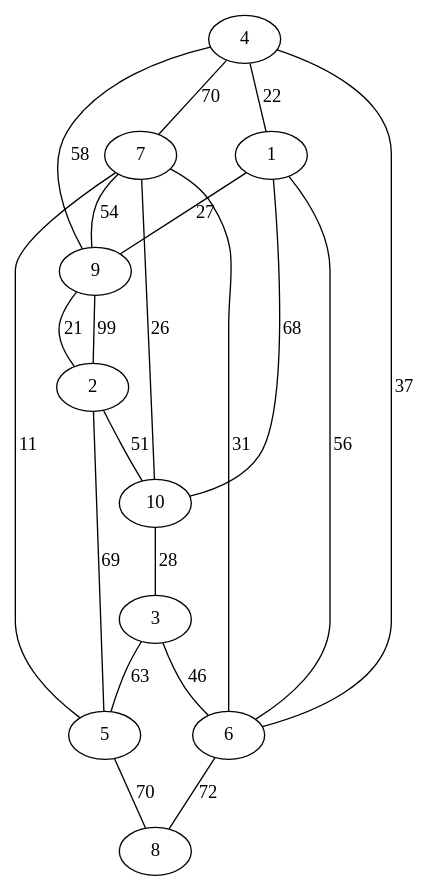
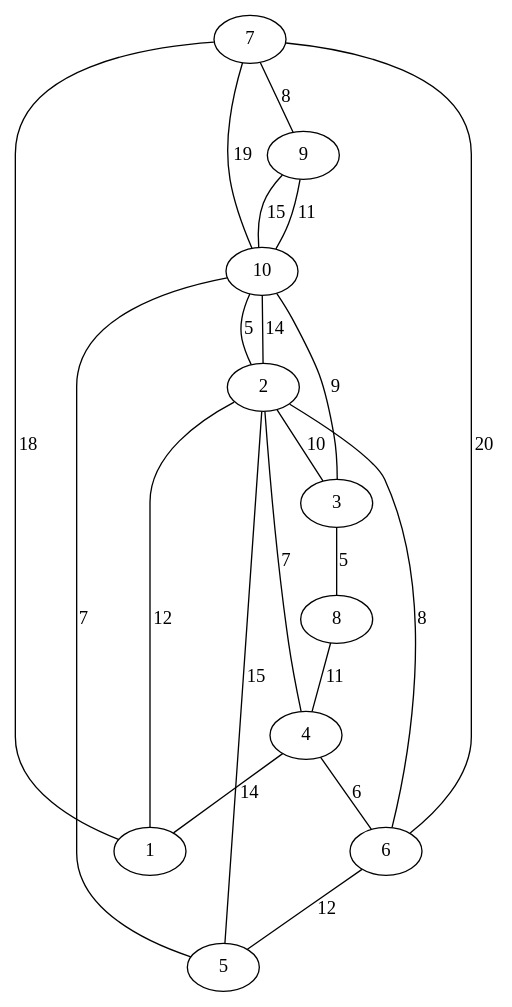
One commit to kraots94/Sistemi changed the diagram in python/map.gv. Above: the diagram before and after it, drawn with Graphviz. The commit also changed 1 other file, not shown here.

```diff
--- a/python/map.gv
+++ b/python/map.gv
@@ -1,32 +1,32 @@
 graph City_Map {
 	7
-	9
+	10
+	5
+	8
+	3
 	6
 	1
-	3
-	8
-	5
 	2
-	10
+	9
 	4
-	4 -- 6 [label=37]
-	4 -- 7 [label=70]
-	10 -- 3 [label=28]
-	2 -- 10 [label=51]
-	1 -- 9 [label=27]
-	3 -- 6 [label=46]
-	7 -- 10 [label=26]
-	5 -- 7 [label=11]
-	6 -- 7 [label=31]
-	7 -- 9 [label=54]
-	6 -- 8 [label=72]
-	2 -- 5 [label=69]
-	4 -- 1 [label=22]
-	5 -- 8 [label=70]
-	1 -- 10 [label=68]
-	9 -- 2 [label=21]
-	2 -- 9 [label=99]
-	1 -- 6 [label=56]
-	4 -- 9 [label=58]
-	3 -- 5 [label=63]
+	2 -- 4 [label=7]
+	3 -- 10 [label=9]
+	7 -- 6 [label=20]
+	2 -- 10 [label=5]
+	4 -- 6 [label=6]
+	1 -- 7 [label=18]
+	1 -- 2 [label=12]
+	9 -- 10 [label=15]
+	4 -- 1 [label=14]
+	5 -- 10 [label=7]
+	2 -- 3 [label=10]
+	9 -- 10 [label=11]
+	7 -- 9 [label=8]
+	10 -- 2 [label=14]
+	7 -- 10 [label=19]
+	2 -- 5 [label=15]
+	3 -- 8 [label=5]
+	8 -- 4 [label=11]
+	6 -- 5 [label=12]
+	2 -- 6 [label=8]
 }
```
